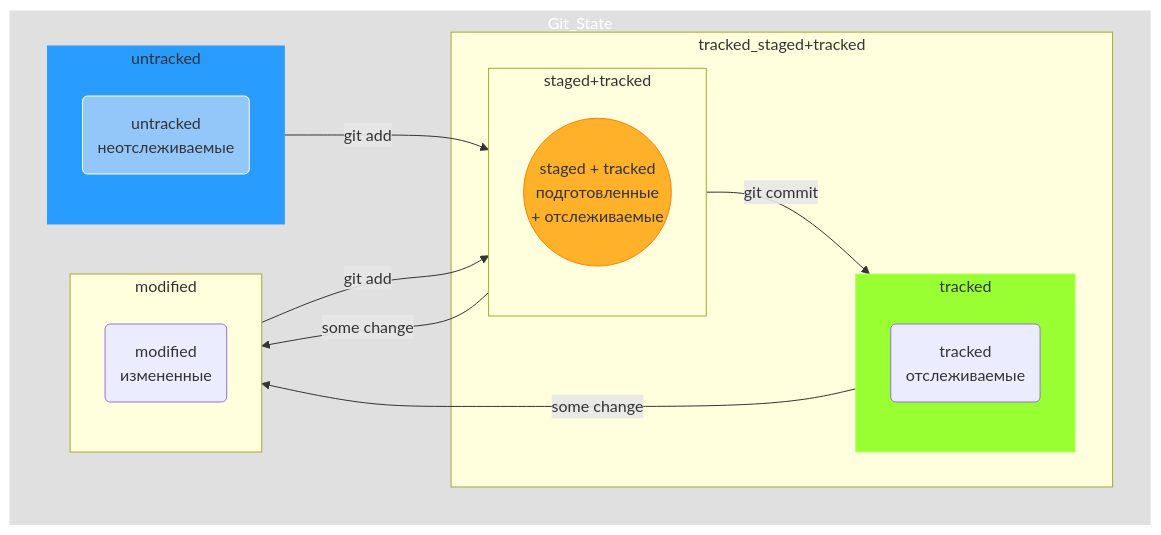
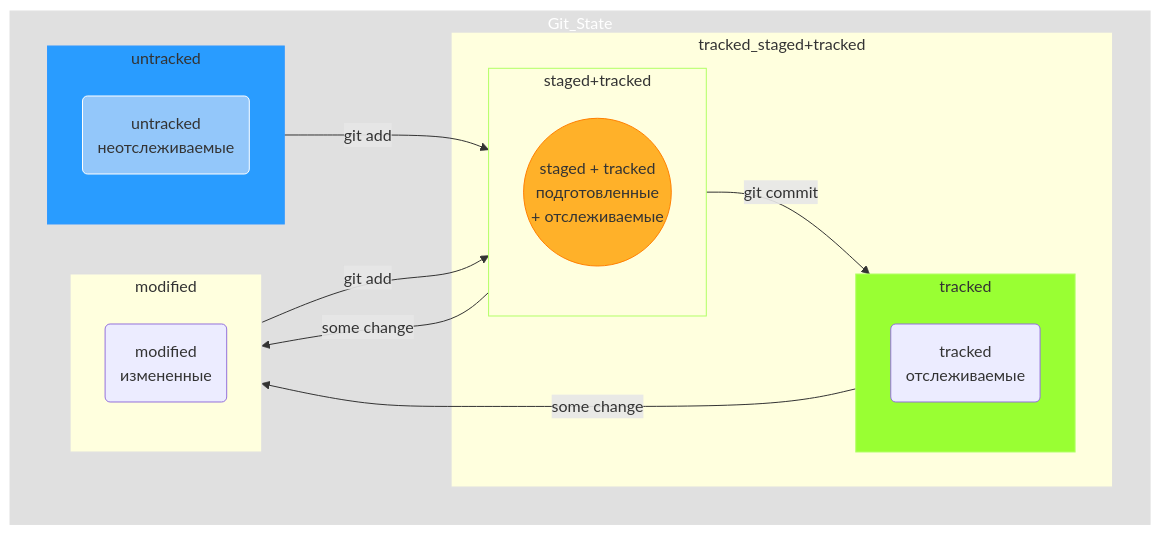
One commit to AleksandrVakarin/GitInstructionMermaid changed the diagram in README.md. Above: the diagram before and after it, drawn with Mermaid.

Commit message:
Изменить границу, изменить цвет границ для диаграммы

````diff
--- a/README.md
+++ b/README.md
@@ -93,46 +93,51 @@
 ```mermaid
 flowchart TD;
 	
 	stgd((staged + tracked<br>подготовленные<br> + отслеживаемые))
 	mdf(modified<br>измененные)
 	untr(untracked<br>неотслеживаемые)
 	trcd(tracked<br>отслеживаемые)
 
 
 	subgraph Git_State
 
 		subgraph untracked
 			untr
 		end
 
 		subgraph tracked_staged+tracked
 
 			subgraph tracked
 				trcd
 			end
 
 			subgraph staged+tracked
 				stgd
 			end
 
 		end
 
 		untracked-- git add -->staged+tracked
 		modified-- git add -->staged+tracked
 		staged+tracked-- some change -->modified
 		staged+tracked-- git commit -->tracked
 		tracked-- some change -->modified
 
 		subgraph modified
 			mdf
 		end
 
 	end
 
 	style Git_State fill: #E0E0E0, stroke: #E0E0E0
 	style stgd fill: #FFB129, stroke: #FF8000
 	style untr fill: #93C7FA, stroke: #FFFFFF
 	style untracked fill: #299CFF, stroke: #3399FF
 	style tracked fill: #99FF33, stroke: #B2FF66
-	style Git_State color: white
+	style tracked_staged+tracked stroke: #E0E0E0
+	style staged+tracked stroke: #B2FF66
+	style modified stroke: #E0E0E0
+	
+	style Git_State color: #FFFFFF
+
 ```
````
